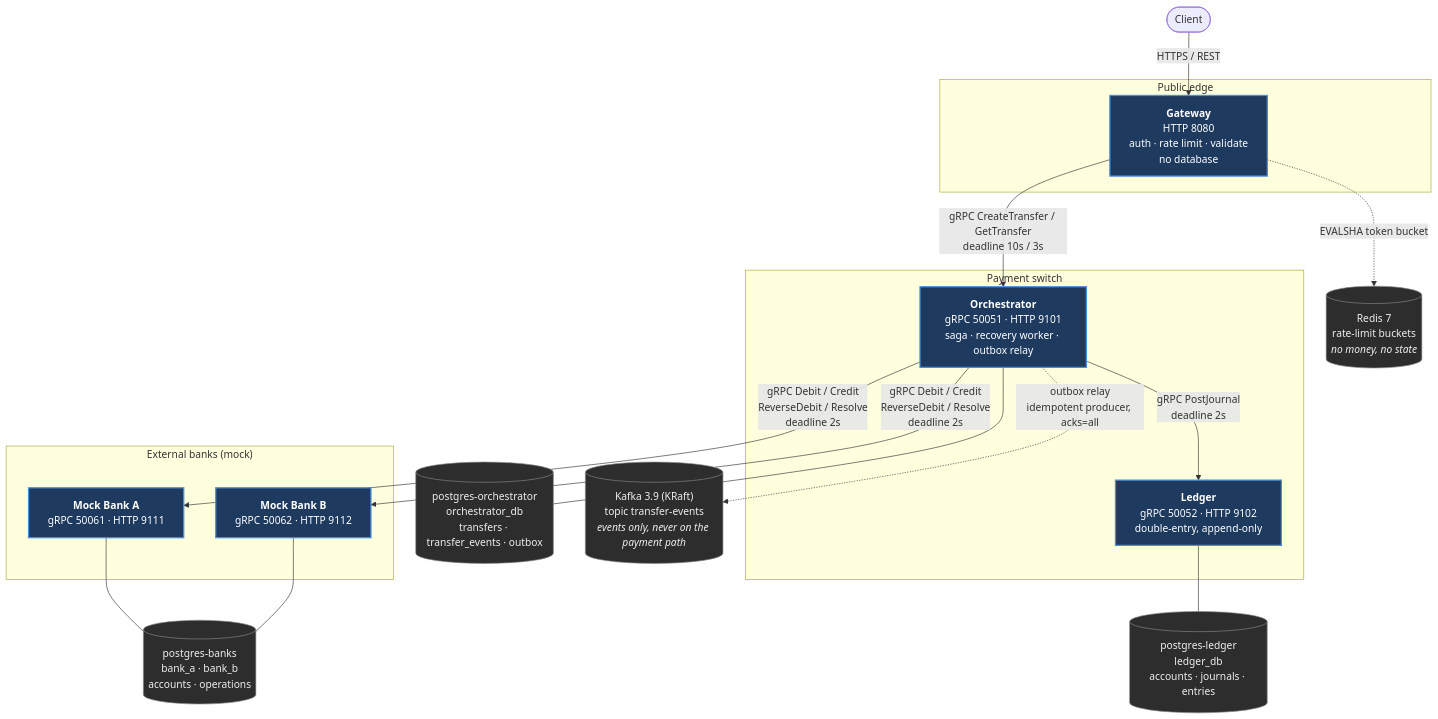
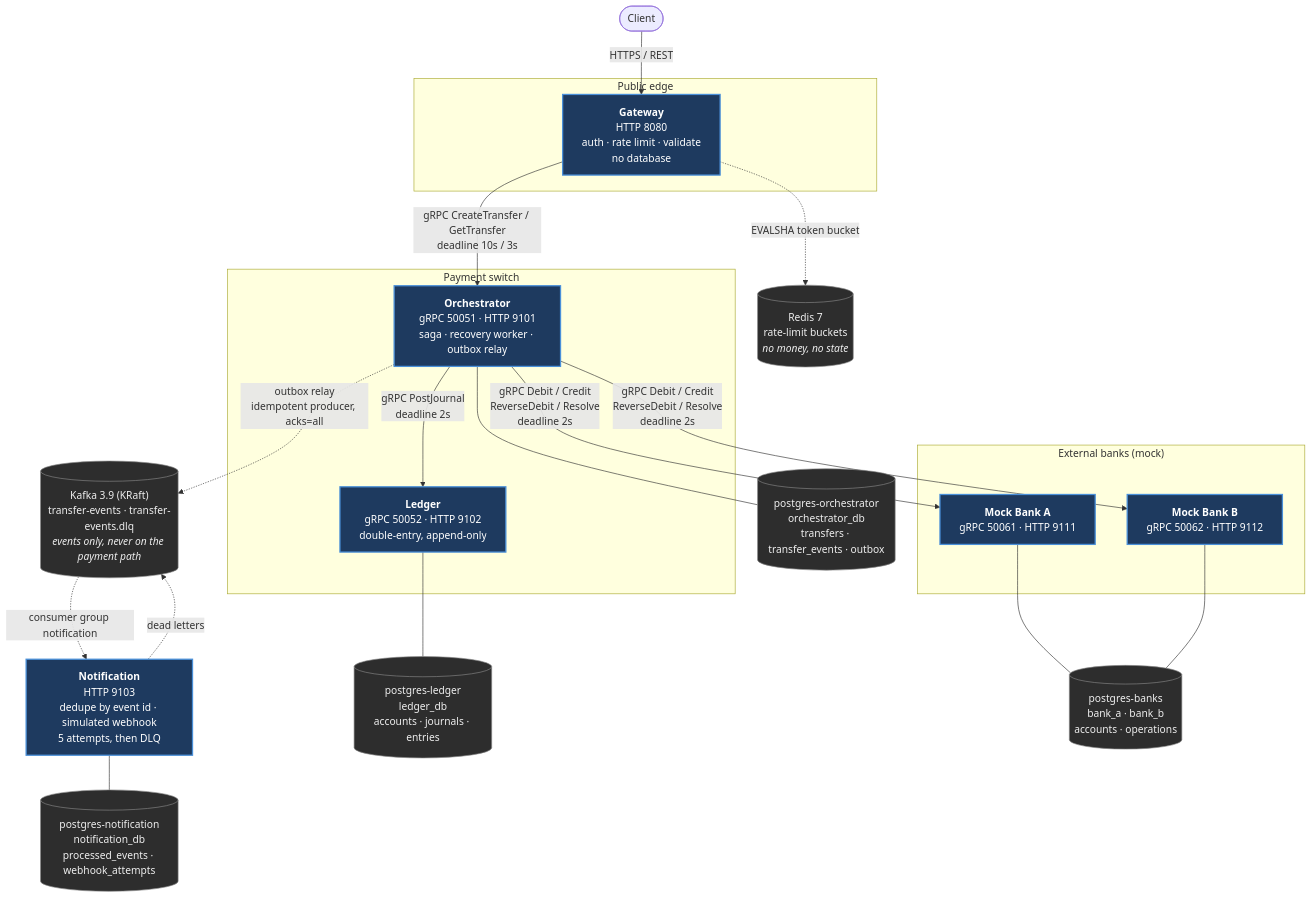
One commit to rohan099dubey/payment-switch changed the diagram in docs/diagrams/architecture.mmd. Above: the diagram before and after it, drawn with Mermaid. The commit also changed 37 other files, not shown here.

```diff
--- a/docs/diagrams/architecture.mmd
+++ b/docs/diagrams/architecture.mmd
@@ -1,44 +1,49 @@
 %% System architecture: 4 services, 4 data stores.
 %% Source: ARCHITECTURE.md section 4, plus phase 2 item 1 (section 19, ADR-025): the
-%% transactional outbox and Kafka.
+%% transactional outbox and Kafka; item 2 (ADR-026): the notification service.
 flowchart TB
     client([Client])
 
     subgraph edge["Public edge"]
         gw["<b>Gateway</b><br/>HTTP 8080<br/>auth · rate limit · validate<br/>no database"]
     end
 
     subgraph core["Payment switch"]
         orch["<b>Orchestrator</b><br/>gRPC 50051 · HTTP 9101<br/>saga · recovery worker · outbox relay"]
         ldg["<b>Ledger</b><br/>gRPC 50052 · HTTP 9102<br/>double-entry, append-only"]
     end
 
     subgraph ext["External banks (mock)"]
         bka["<b>Mock Bank A</b><br/>gRPC 50061 · HTTP 9111"]
         bkb["<b>Mock Bank B</b><br/>gRPC 50062 · HTTP 9112"]
     end
 
     redis[("Redis 7<br/>rate-limit buckets<br/><i>no money, no state</i>")]
     pgo[("postgres-orchestrator<br/>orchestrator_db<br/>transfers · transfer_events · outbox")]
-    kafka[("Kafka 3.9 (KRaft)<br/>topic transfer-events<br/><i>events only, never on the payment path</i>")]
+    kafka[("Kafka 3.9 (KRaft)<br/>transfer-events · transfer-events.dlq<br/><i>events only, never on the payment path</i>")]
+    notif["<b>Notification</b><br/>HTTP 9103<br/>dedupe by event id · simulated webhook<br/>5 attempts, then DLQ"]
+    pgn[("postgres-notification<br/>notification_db<br/>processed_events · webhook_attempts")]
     pgl[("postgres-ledger<br/>ledger_db<br/>accounts · journals · entries")]
     pgb[("postgres-banks<br/>bank_a · bank_b<br/>accounts · operations")]
 
     client -->|"HTTPS / REST"| gw
     gw -->|"gRPC CreateTransfer / GetTransfer<br/>deadline 10s / 3s"| orch
     gw -.->|"EVALSHA token bucket"| redis
 
     orch -->|"gRPC Debit / Credit<br/>ReverseDebit / Resolve<br/>deadline 2s"| bka
     orch -->|"gRPC Debit / Credit<br/>ReverseDebit / Resolve<br/>deadline 2s"| bkb
     orch -->|"gRPC PostJournal<br/>deadline 2s"| ldg
 
     orch --- pgo
     orch -.->|"outbox relay<br/>idempotent producer, acks=all"| kafka
+    kafka -.->|"consumer group notification"| notif
+    notif -.->|"dead letters"| kafka
+    notif --- pgn
     ldg --- pgl
     bka --- pgb
     bkb --- pgb
 
     classDef svc fill:#1e3a5f,stroke:#4a90d9,stroke-width:2px,color:#fff
     classDef store fill:#2d2d2d,stroke:#888,stroke-width:1px,color:#eee
-    class gw,orch,ldg,bka,bkb svc
-    class redis,pgo,pgl,pgb,kafka store
+    class gw,orch,ldg,bka,bkb,notif svc
+    class redis,pgo,pgl,pgb,kafka,pgn store
```
